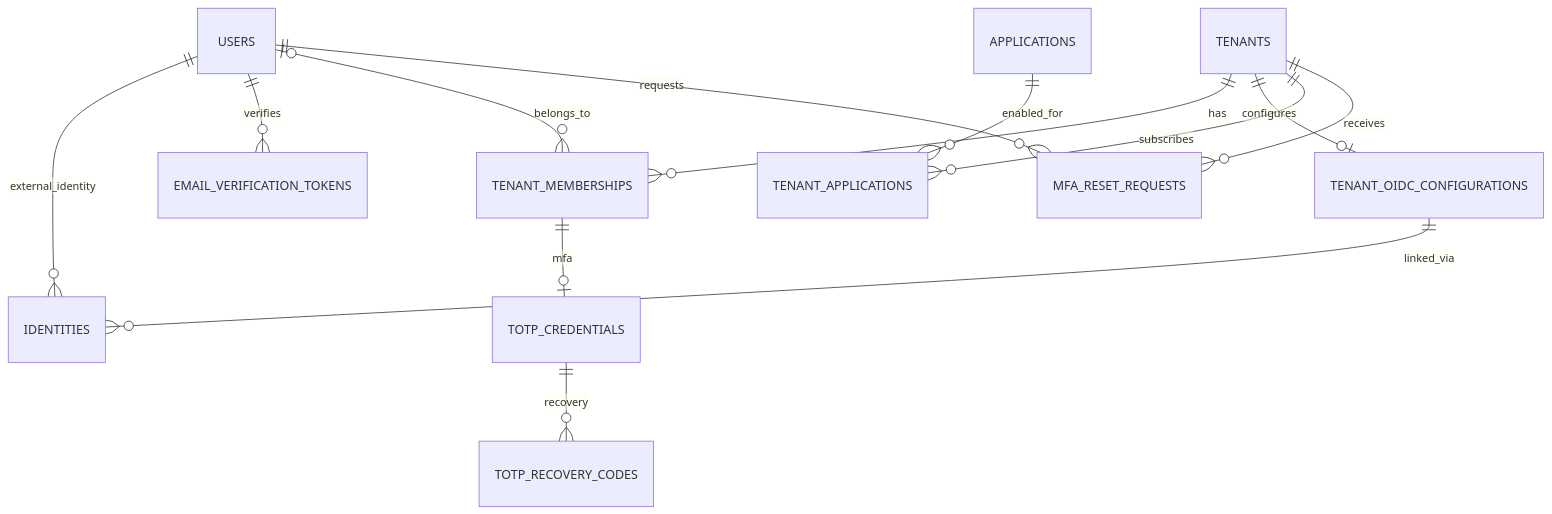
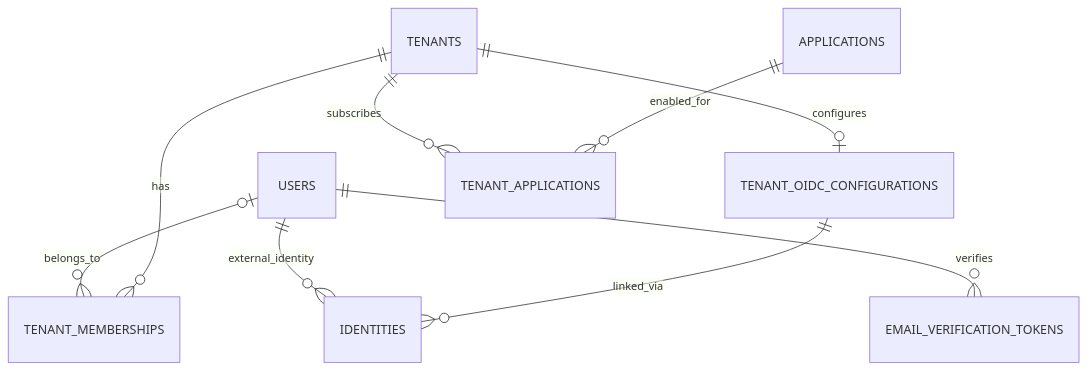
The first of 2 diagrams in docs/DB_MODEL.md (hyoungsookim/passport), drawn with Mermaid before and after one commit. The commit also changed other lines of this file and 3 other files, not shown here.

````diff
--- a/docs/DB_MODEL.md
+++ b/docs/DB_MODEL.md
@@ -144,15 +130,11 @@
 ```mermaid
 erDiagram
     USERS ||--o{ IDENTITIES : external_identity
     USERS ||--o{ EMAIL_VERIFICATION_TOKENS : verifies
     USERS |o--o{ TENANT_MEMBERSHIPS : belongs_to
     TENANTS ||--o{ TENANT_MEMBERSHIPS : has
     TENANTS ||--o| TENANT_OIDC_CONFIGURATIONS : configures
     TENANT_OIDC_CONFIGURATIONS ||--o{ IDENTITIES : linked_via
     TENANTS ||--o{ TENANT_APPLICATIONS : subscribes
     APPLICATIONS ||--o{ TENANT_APPLICATIONS : enabled_for
-    TENANT_MEMBERSHIPS ||--o| TOTP_CREDENTIALS : mfa
-    TOTP_CREDENTIALS ||--o{ TOTP_RECOVERY_CODES : recovery
-    TENANTS ||--o{ MFA_RESET_REQUESTS : receives
-    USERS ||--o{ MFA_RESET_REQUESTS : requests
 ```
````
